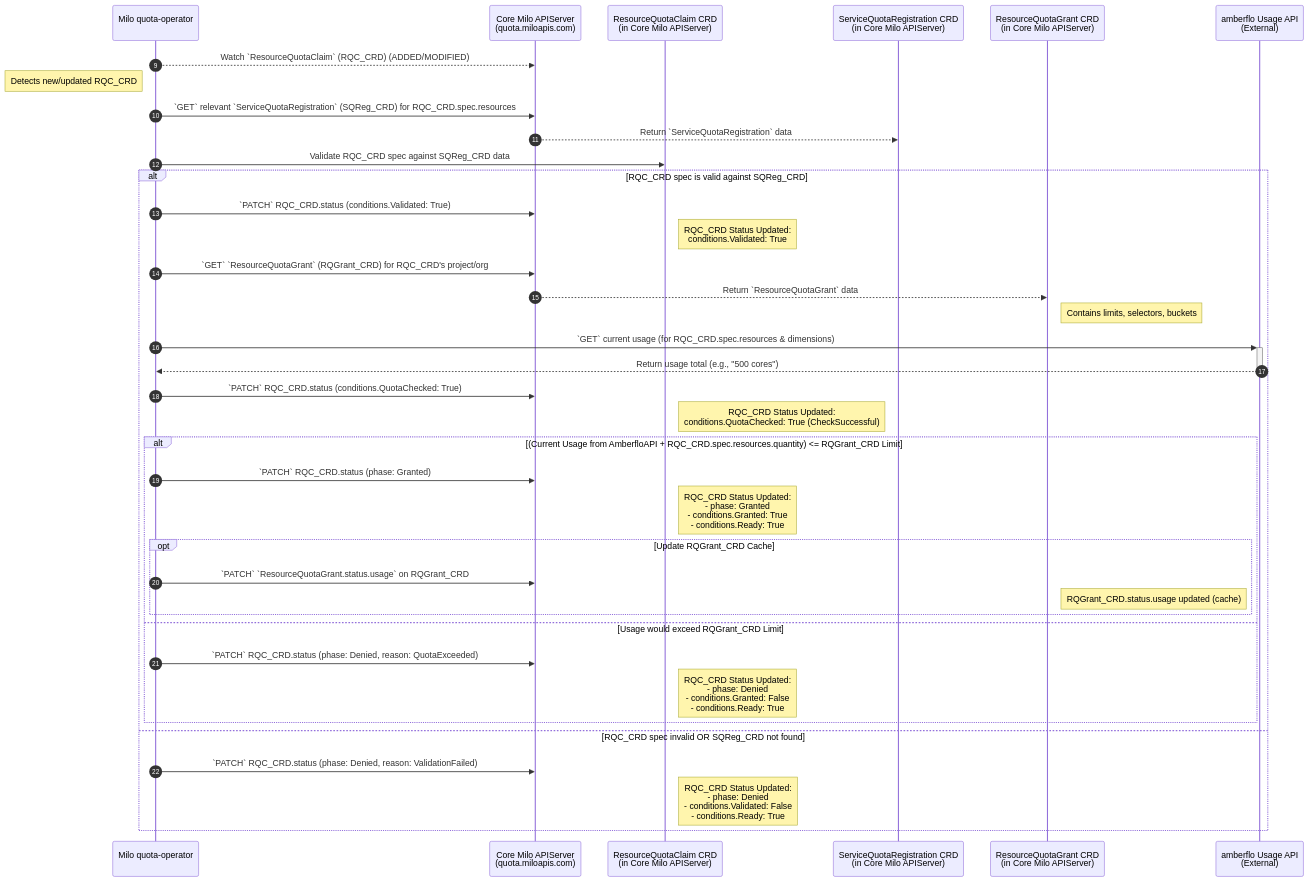
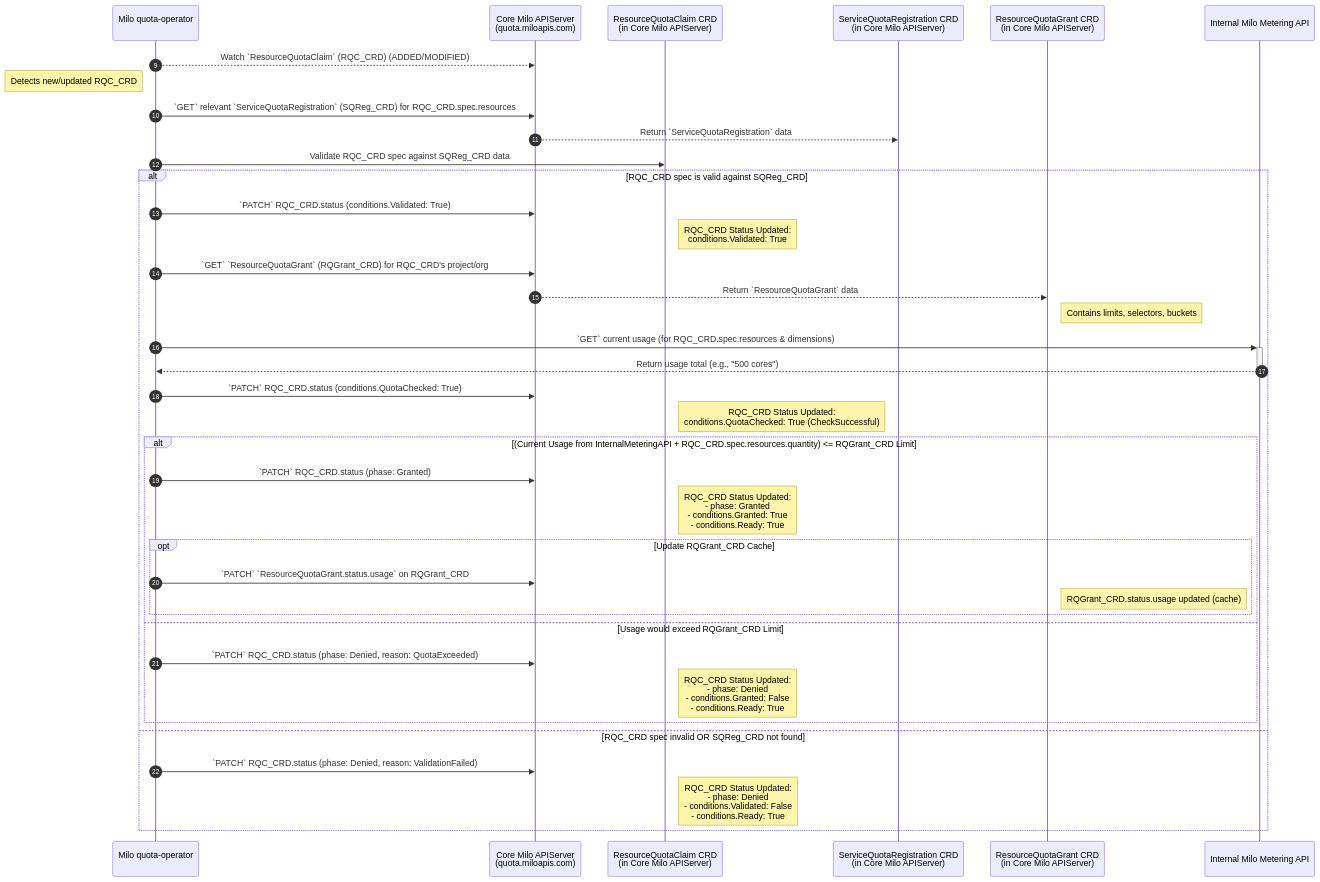
One commit to datum-cloud/enhancements changed the sixth of 9 diagrams in enhancements/platform/quota-management/README.md. Above: the diagram before and after it, drawn with Mermaid. The commit also changed other lines of this file, not shown here.

Commit message:
enh(quota): replaces amberflo with internal svc

````diff
--- a/enhancements/platform/quota-management/README.md
+++ b/enhancements/platform/quota-management/README.md
@@ -1582,48 +1594,48 @@
 ```mermaid
 %% Sequence Diagram - Quota Reconciliation by quota-operator
 sequenceDiagram
     autonumber 9
 
     participant MiloQuotaOp as Milo quota-operator <br>
     participant MiloAPICore as Core Milo APIServer <br> (quota.miloapis.com)
     participant RQC_CRD as ResourceQuotaClaim CRD <br> (in Core Milo APIServer)
     participant SQReg_CRD as ServiceQuotaRegistration CRD <br> (in Core Milo APIServer)
     participant RQGrant_CRD as ResourceQuotaGrant CRD <br> (in Core Milo APIServer)
-    participant AmberfloAPI as amberflo Usage API <br> (External)
+    participant InternalMeteringAPI as Internal Milo Metering API
 
     MiloQuotaOp-->>MiloAPICore: Watch `ResourceQuotaClaim` (RQC_CRD) (ADDED/MODIFIED)
     note left of MiloQuotaOp: Detects new/updated RQC_CRD
     
     MiloQuotaOp->>MiloAPICore: `GET` relevant `ServiceQuotaRegistration` (SQReg_CRD) for RQC_CRD.spec.resources
     MiloAPICore-->>SQReg_CRD: Return `ServiceQuotaRegistration` data
     MiloQuotaOp->>RQC_CRD: Validate RQC_CRD spec against SQReg_CRD data
     
     alt RQC_CRD spec is valid against SQReg_CRD
         MiloQuotaOp->>MiloAPICore: `PATCH` RQC_CRD.status (conditions.Validated: True)
         note right of RQC_CRD: RQC_CRD Status Updated: <br> conditions.Validated: True
         
         MiloQuotaOp->>MiloAPICore: `GET` `ResourceQuotaGrant` (RQGrant_CRD) for RQC_CRD's project/org
         MiloAPICore-->>RQGrant_CRD: Return `ResourceQuotaGrant` data
         note right of RQGrant_CRD: Contains limits, selectors, buckets
 
-        MiloQuotaOp->>+AmberfloAPI: `GET` current usage (for RQC_CRD.spec.resources & dimensions)
-        AmberfloAPI-->>-MiloQuotaOp: Return usage total (e.g., "500 cores")
+        MiloQuotaOp->>+InternalMeteringAPI: `GET` current usage (for RQC_CRD.spec.resources & dimensions)
+        InternalMeteringAPI-->>-MiloQuotaOp: Return usage total (e.g., "500 cores")
         MiloQuotaOp->>MiloAPICore: `PATCH` RQC_CRD.status (conditions.QuotaChecked: True)
         note right of RQC_CRD: RQC_CRD Status Updated: <br> conditions.QuotaChecked: True (CheckSuccessful)
 
-        alt (Current Usage from AmberfloAPI + RQC_CRD.spec.resources.quantity) <= RQGrant_CRD Limit
+        alt (Current Usage from InternalMeteringAPI + RQC_CRD.spec.resources.quantity) <= RQGrant_CRD Limit
             MiloQuotaOp->>MiloAPICore: `PATCH` RQC_CRD.status (phase: Granted)
             note right of RQC_CRD: RQC_CRD Status Updated: <br> - phase: Granted <br> - conditions.Granted: True <br> - conditions.Ready: True
             opt Update RQGrant_CRD Cache
                  MiloQuotaOp->>MiloAPICore: `PATCH` `ResourceQuotaGrant.status.usage` on RQGrant_CRD
                  note right of RQGrant_CRD: RQGrant_CRD.status.usage updated (cache)
             end
         else Usage would exceed RQGrant_CRD Limit
             MiloQuotaOp->>MiloAPICore: `PATCH` RQC_CRD.status (phase: Denied, reason: QuotaExceeded)
             note right of RQC_CRD: RQC_CRD Status Updated: <br> - phase: Denied <br> - conditions.Granted: False <br> - conditions.Ready: True
         end
     else RQC_CRD spec invalid OR SQReg_CRD not found
         MiloQuotaOp->>MiloAPICore: `PATCH` RQC_CRD.status (phase: Denied, reason: ValidationFailed)
         note right of RQC_CRD: RQC_CRD Status Updated: <br> - phase: Denied <br> - conditions.Validated: False <br> - conditions.Ready: True
     end
 ```
````
